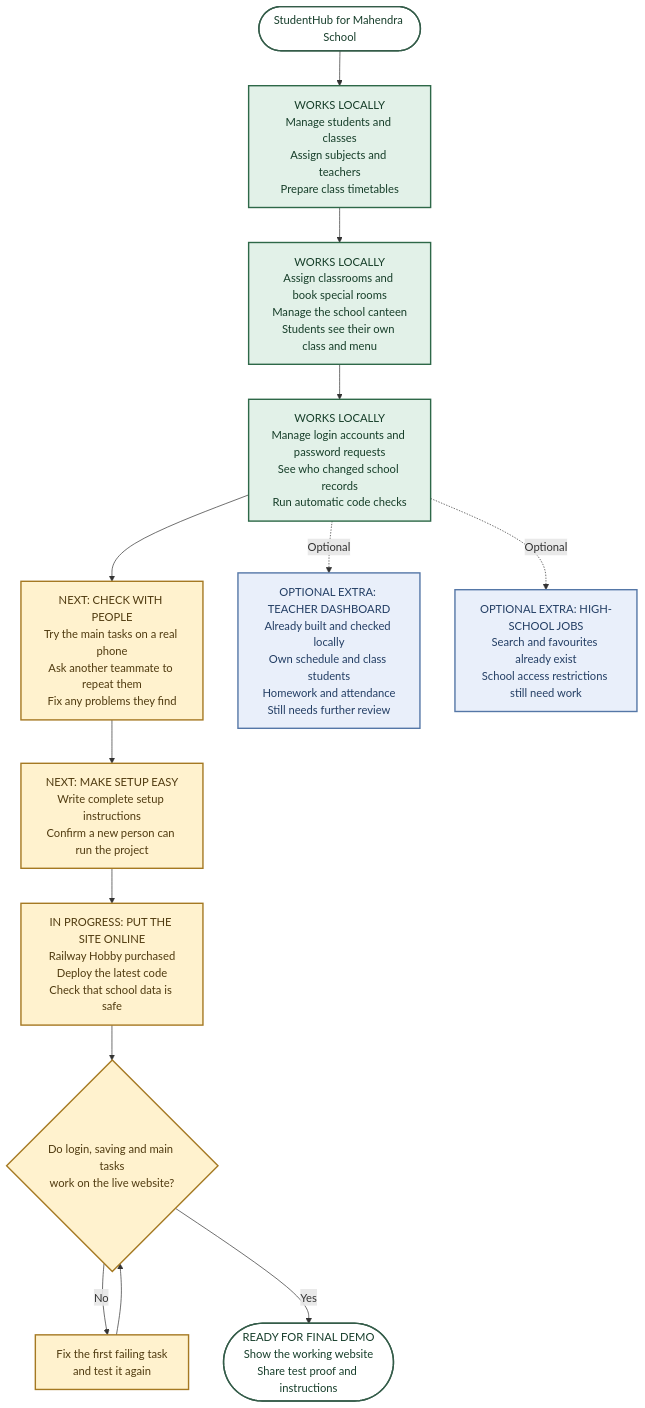
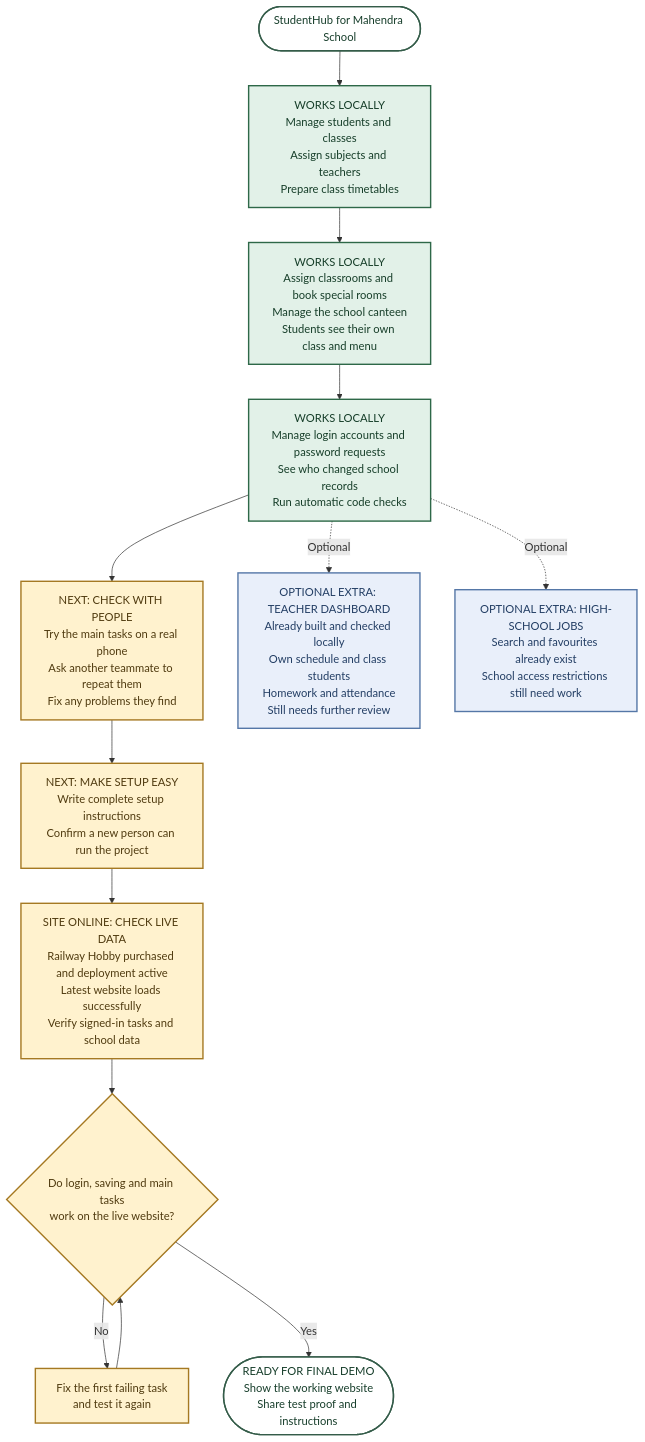
One commit to CapstoneDesign-Fall2026-UlsanCollege/Team1 changed the diagram in classroom/week11/roadmap.md. Above: the diagram before and after it, drawn with Mermaid. The commit also changed other lines of this file and 1 other file, not shown here.

Commit message:
Update flowchart to show Railway online with live checks remaining

````diff
--- a/classroom/week11/roadmap.md
+++ b/classroom/week11/roadmap.md
@@ -11,28 +11,28 @@
 ```mermaid
 flowchart TD
     START(["StudentHub for Mahendra School"])
     A["WORKS LOCALLY<br/>Manage students and classes<br/>Assign subjects and teachers<br/>Prepare class timetables"]
     B["WORKS LOCALLY<br/>Assign classrooms and book special rooms<br/>Manage the school canteen<br/>Students see their own class and menu"]
     C["WORKS LOCALLY<br/>Manage login accounts and password requests<br/>See who changed school records<br/>Run automatic code checks"]
     NOW["NEXT: CHECK WITH PEOPLE<br/>Try the main tasks on a real phone<br/>Ask another teammate to repeat them<br/>Fix any problems they find"]
     SETUP["NEXT: MAKE SETUP EASY<br/>Write complete setup instructions<br/>Confirm a new person can run the project"]
-    HOST["IN PROGRESS: PUT THE SITE ONLINE<br/>Railway Hobby purchased<br/>Deploy the latest code<br/>Check that school data is safe"]
+    HOST["SITE ONLINE: CHECK LIVE DATA<br/>Railway Hobby purchased and deployment active<br/>Latest website loads successfully<br/>Verify signed-in tasks and school data"]
     CHECK{"Do login, saving and main tasks<br/>work on the live website?"}
     FIX["Fix the first failing task<br/>and test it again"]
     FINISH(["READY FOR FINAL DEMO<br/>Show the working website<br/>Share test proof and instructions"])
     TEACHER["OPTIONAL EXTRA: TEACHER DASHBOARD<br/>Already built and checked locally<br/>Own schedule and class students<br/>Homework and attendance<br/>Still needs further review"]
     JOBS["OPTIONAL EXTRA: HIGH-SCHOOL JOBS<br/>Search and favourites already exist<br/>School access restrictions still need work"]
     START --> A --> B --> C --> NOW --> SETUP --> HOST --> CHECK
     CHECK -->|No| FIX --> CHECK
     CHECK -->|Yes| FINISH
     C -. Optional .-> TEACHER
     C -. Optional .-> JOBS
     classDef done fill:#e2f1e8,stroke:#2e6848,stroke-width:2px,color:#163e29;
     classDef next fill:#fff2ce,stroke:#a57922,stroke-width:2px,color:#503b10;
     classDef extra fill:#e9effa,stroke:#5577a7,stroke-width:2px,color:#233e64;
     classDef finish fill:#ffffff,stroke:#345c49,stroke-width:2px,color:#173e2b;
     class A,B,C done;
     class NOW,SETUP,HOST,CHECK,FIX next;
     class TEACHER,JOBS extra;
     class START,FINISH finish;
 ```
````
